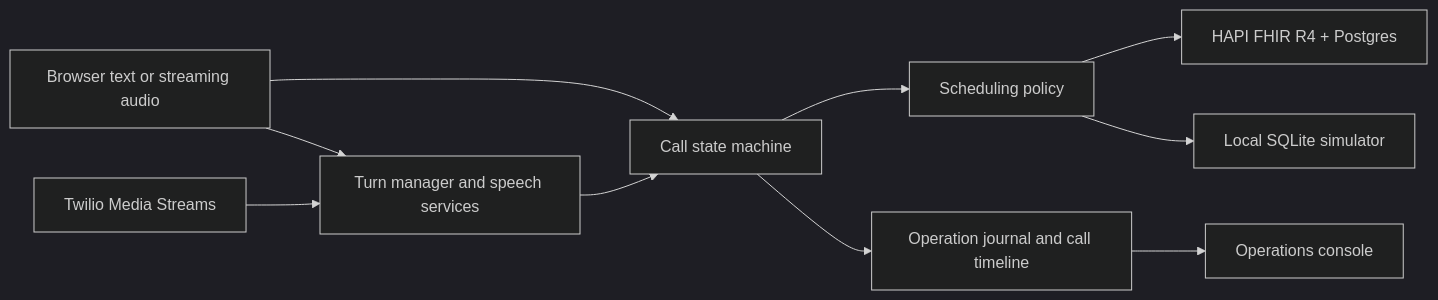
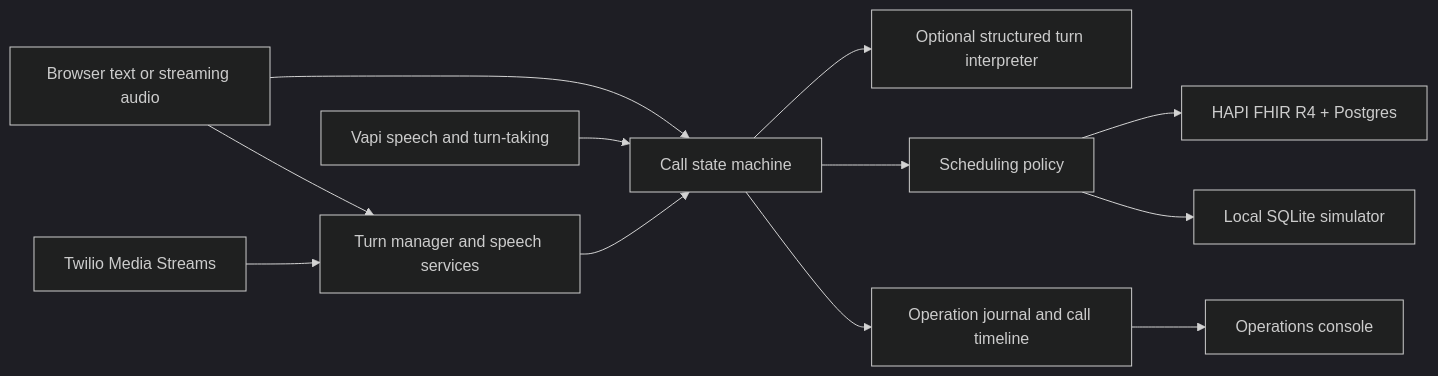
The diagram in docs/ARCHITECTURE.md (kashishdesai01/Switchboard), drawn with Mermaid (dark theme) before and after one commit. The commit also changed other lines of this file and 25 other files, not shown here.

````diff
--- a/docs/ARCHITECTURE.md
+++ b/docs/ARCHITECTURE.md
@@ -3,12 +3,14 @@
 ```mermaid
 flowchart LR
     Browser["Browser text or streaming audio"] --> Call["Call state machine"]
     Twilio["Twilio Media Streams"] --> Voice["Turn manager and speech services"]
     Browser --> Voice
     Voice --> Call
+    Vapi["Vapi speech and turn-taking"] --> Call
+    Call --> Model["Optional structured turn interpreter"]
     Call --> Policy["Scheduling policy"]
     Call --> Journal["Operation journal and call timeline"]
     Policy --> FHIR["HAPI FHIR R4 + Postgres"]
     Policy --> Simulator["Local SQLite simulator"]
     Journal --> Ops["Operations console"]
 ```
````
